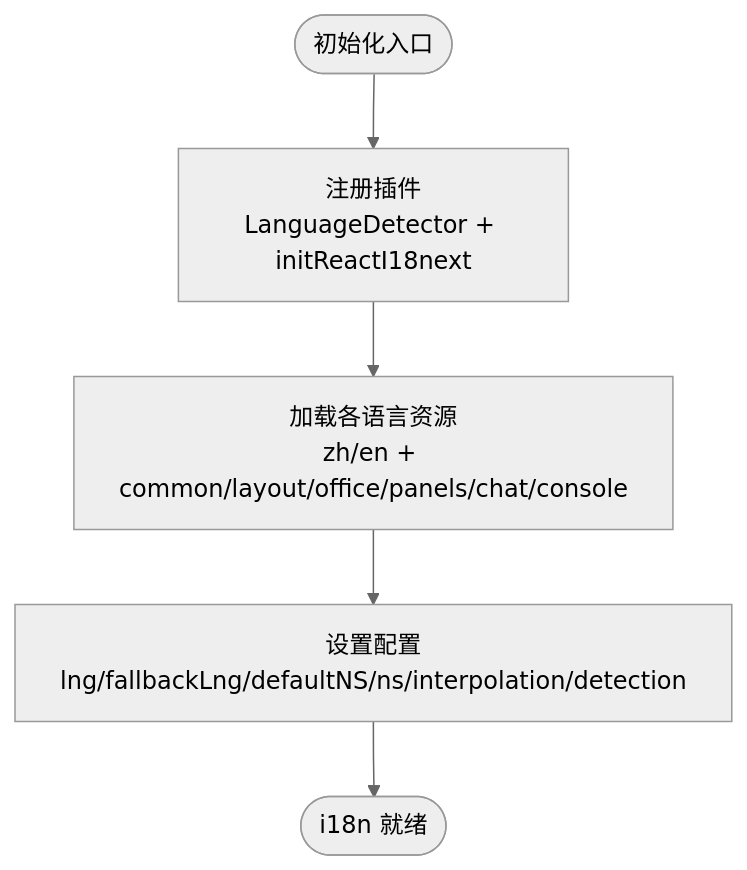
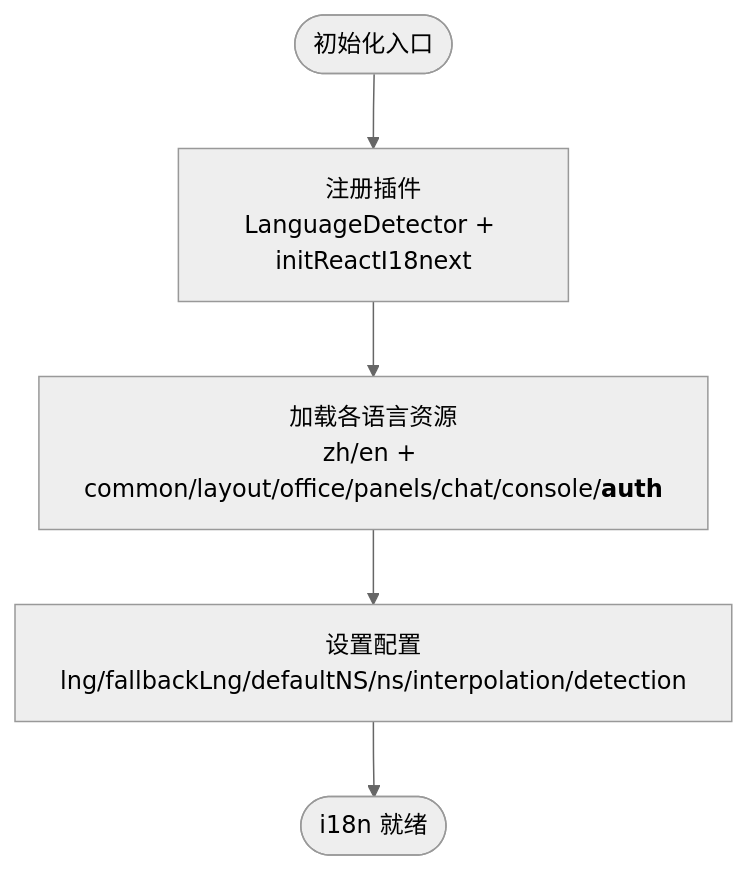
One commit to WW-AI-Lab/openclaw-office changed the third of 6 diagrams in .qoder/repowiki/zh/content/国际化系统.md. Above: the diagram before and after it, drawn with Mermaid (neutral theme). The commit also changed other lines of this file and 9 other files, not shown here.

````diff
--- a/.qoder/repowiki/zh/content/国际化系统.md
+++ b/.qoder/repowiki/zh/content/国际化系统.md
@@ -140,7 +168,7 @@
 ```mermaid
 flowchart TD
 Start(["初始化入口"]) --> UsePlugins["注册插件<br/>LanguageDetector + initReactI18next"]
-UsePlugins --> LoadRes["加载各语言资源<br/>zh/en + common/layout/office/panels/chat/console"]
+UsePlugins --> LoadRes["加载各语言资源<br/>zh/en + common/layout/office/panels/chat/console/<b>auth</b>"]
 LoadRes --> SetCfg["设置配置<br/>lng/fallbackLng/defaultNS/ns/interpolation/detection"]
 SetCfg --> Ready(["i18n 就绪"])
 ```
````
